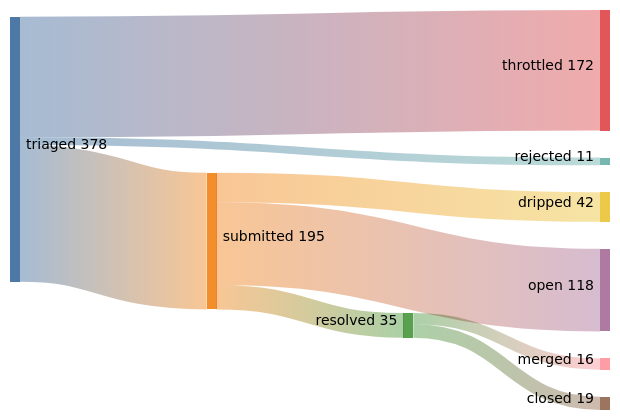
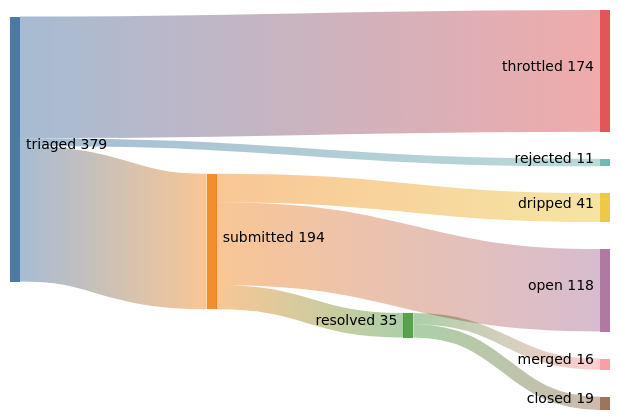
Before and after one commit to kimjune01/kimjune01: the diagram in README.md, drawn with Mermaid (forest theme). The commit also changed other lines of this file, not shown here.

Commit message:
stats: 16/35 = 45% (05:25 UTC)

````diff
--- a/README.md
+++ b/README.md
@@ -3,11 +3,11 @@
 ```mermaid
 sankey-beta
-    triaged,    submitted, 195
-    triaged,    throttled, 172
+    triaged,    submitted, 194
+    triaged,    throttled, 174
     triaged,    rejected,  11
     submitted,  resolved,  35
-    submitted,  dripped,   42
+    submitted,  dripped,   41
     submitted,  open,      118
     resolved,   merged,    16
     resolved,   closed,    19
 ```
````
